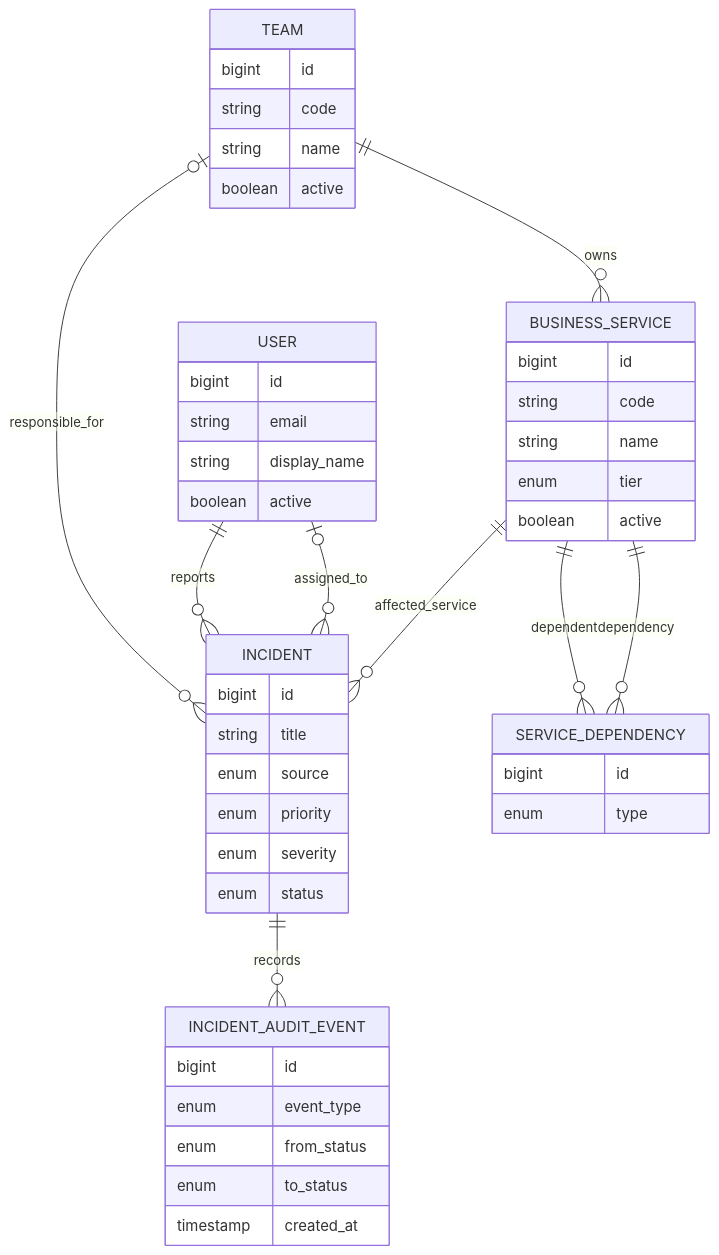
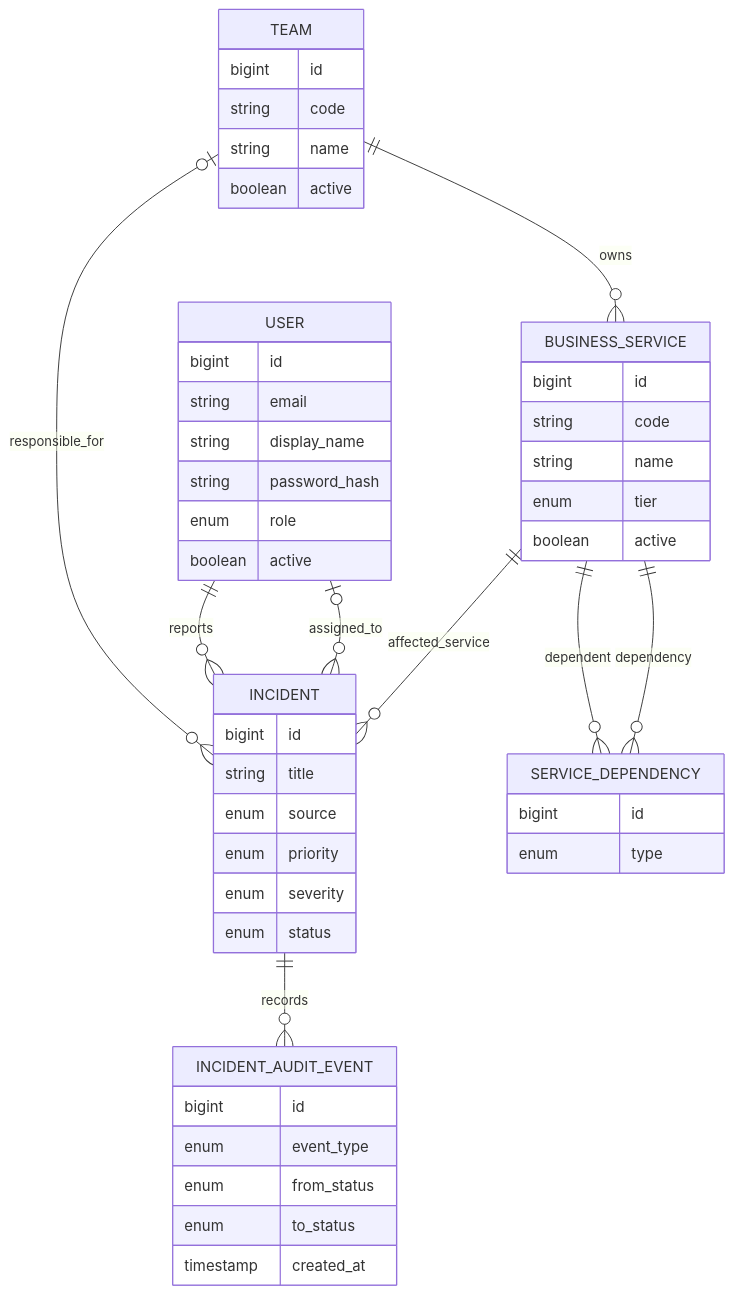
Before and after one commit to 6yJlka/incident-hub: the diagram in README.md, drawn with Mermaid. The commit also changed other lines of this file and 51 other files, not shown here.

````diff
--- a/README.md
+++ b/README.md
@@ -69,50 +105,52 @@
 ```mermaid
 erDiagram
     TEAM ||--o{ BUSINESS_SERVICE : owns
     TEAM o|--o{ INCIDENT : responsible_for
     USER ||--o{ INCIDENT : reports
     USER o|--o{ INCIDENT : assigned_to
     BUSINESS_SERVICE ||--o{ INCIDENT : affected_service
     BUSINESS_SERVICE ||--o{ SERVICE_DEPENDENCY : dependent
     BUSINESS_SERVICE ||--o{ SERVICE_DEPENDENCY : dependency
     INCIDENT ||--o{ INCIDENT_AUDIT_EVENT : records
 
     TEAM {
         bigint id
         string code
         string name
         boolean active
     }
     USER {
         bigint id
         string email
         string display_name
+        string password_hash
+        enum role
         boolean active
     }
     BUSINESS_SERVICE {
         bigint id
         string code
         string name
         enum tier
         boolean active
     }
     SERVICE_DEPENDENCY {
         bigint id
         enum type
     }
     INCIDENT {
         bigint id
         string title
         enum source
         enum priority
         enum severity
         enum status
     }
     INCIDENT_AUDIT_EVENT {
         bigint id
         enum event_type
         enum from_status
         enum to_status
         timestamp created_at
     }
 ```
````
